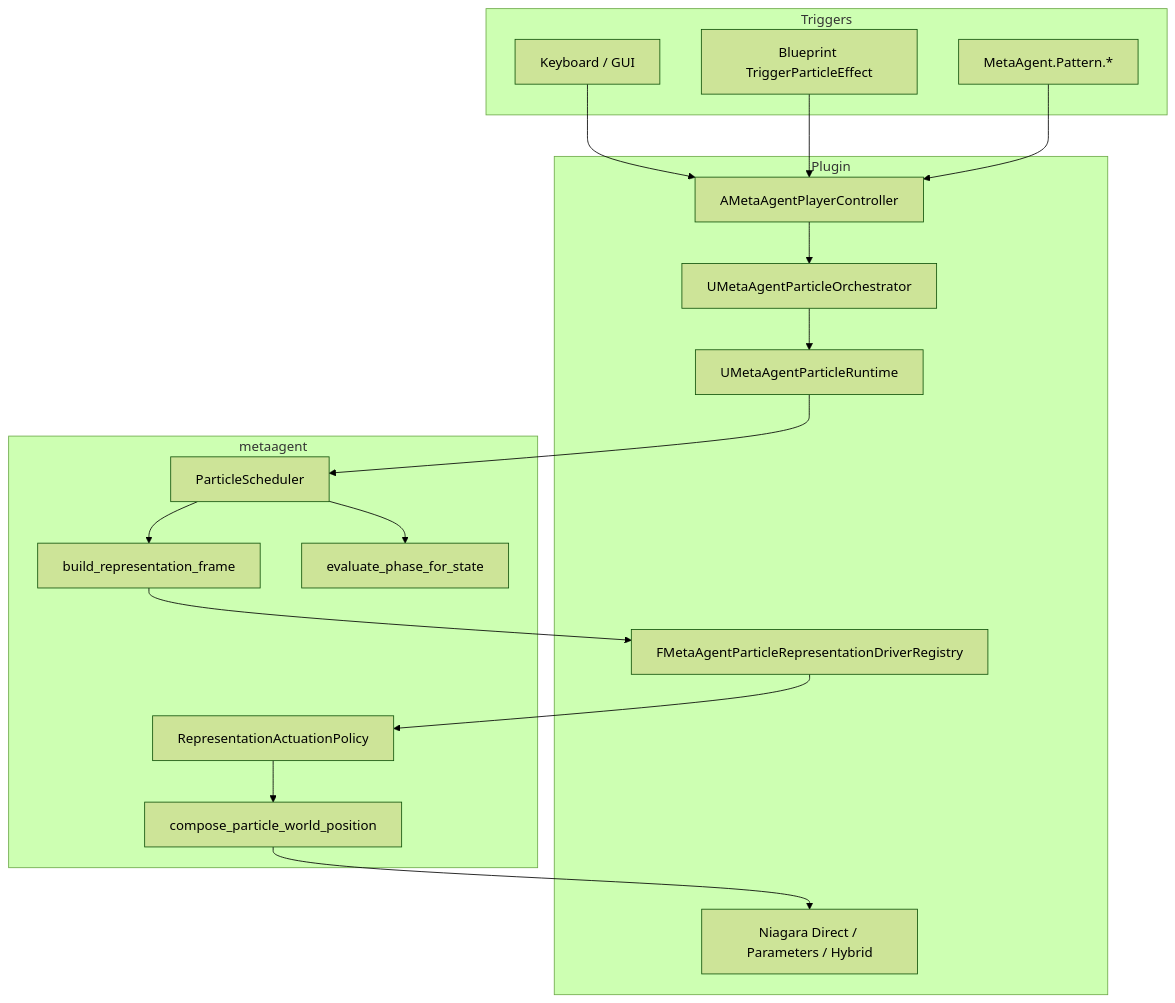
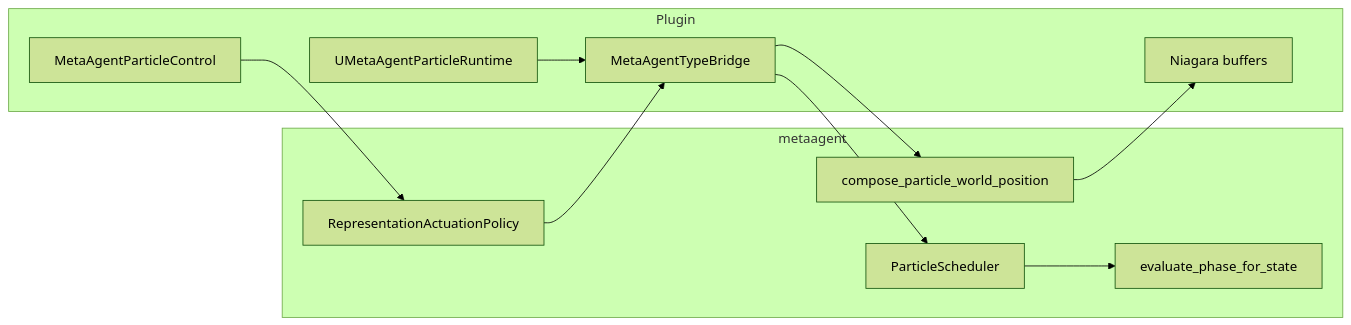
The third of 3 diagrams in README.md (vecnode/metaagent-ue5-plugin), drawn with Mermaid (forest theme) before and after one commit. The commit also changed other lines of this file and 49 other files, not shown here.

````diff
--- a/README.md
+++ b/README.md
@@ -238,37 +209,20 @@
 ```mermaid
-flowchart TB
-    subgraph Triggers
-        Keys[Keyboard / GUI]
-        BP[Blueprint TriggerParticleEffect]
-        Console[MetaAgent.Pattern.*]
-    end
-
-    subgraph Plugin
-        PC[AMetaAgentPlayerController]
-        ORCH[UMetaAgentParticleOrchestrator]
-        RT[UMetaAgentParticleRuntime]
-        DRV[FMetaAgentParticleRepresentationDriverRegistry]
-        NIA[Niagara Direct / Parameters / Hybrid]
-    end
-
+flowchart LR
     subgraph metaagent
         Sched[ParticleScheduler]
-        Build[build_representation_frame]
         Phase[evaluate_phase_for_state]
         Compose[compose_particle_world_position]
         Pol[RepresentationActuationPolicy]
     end
 
-    Keys --> PC
-    BP --> PC
-    Console --> PC
-    PC --> ORCH
-    ORCH --> RT
-    RT --> Sched
+    subgraph Plugin
+        TB[MetaAgentTypeBridge]
+        RT[UMetaAgentParticleRuntime]
+        CTL[MetaAgentParticleControl]
+        NIA[Niagara buffers]
+    end
+
+    RT --> TB --> Sched
     Sched --> Phase
-    Sched --> Build
-    Build --> DRV
-    DRV --> Pol
-    Pol --> Compose
-    Compose --> NIA
+    CTL --> Pol --> TB --> Compose --> NIA
 ```
````
